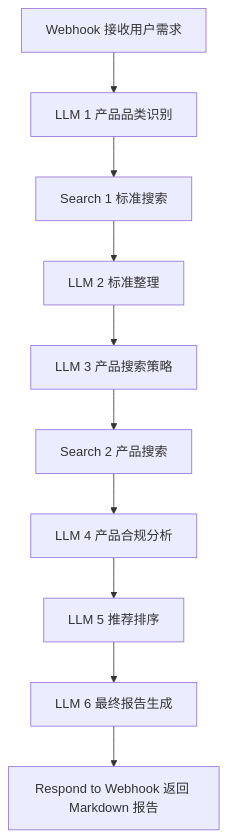
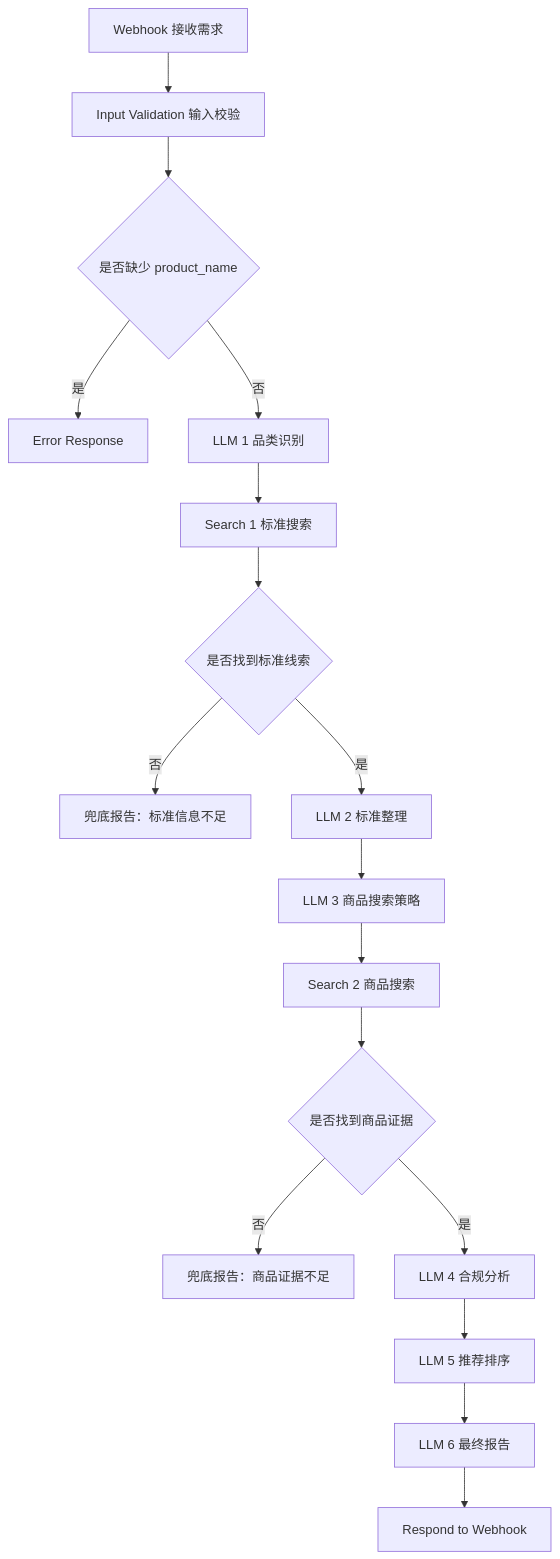
The diagram in README.md (ys200501266-design/product-standard-compliance-agent), drawn with Mermaid before and after one commit. The commit also changed other lines of this file and 26 other files, not shown here.

````diff
--- a/README.md
+++ b/README.md
@@ -22,12 +48,19 @@
 ```mermaid
 flowchart TD
-    A["Webhook 接收用户需求"] --> B["LLM 1 产品品类识别"]
-    B --> C["Search 1 标准搜索"]
-    C --> D["LLM 2 标准整理"]
-    D --> E["LLM 3 产品搜索策略"]
-    E --> F["Search 2 产品搜索"]
-    F --> G["LLM 4 产品合规分析"]
-    G --> H["LLM 5 推荐排序"]
-    H --> I["LLM 6 最终报告生成"]
-    I --> J["Respond to Webhook 返回 Markdown 报告"]
+    A["Webhook 接收需求"] --> B["Input Validation 输入校验"]
+    B --> C{"是否缺少 product_name"}
+    C -- 是 --> C1["Error Response"]
+    C -- 否 --> D["LLM 1 品类识别"]
+    D --> E["Search 1 标准搜索"]
+    E --> F{"是否找到标准线索"}
+    F -- 否 --> F1["兜底报告：标准信息不足"]
+    F -- 是 --> G["LLM 2 标准整理"]
+    G --> H["LLM 3 商品搜索策略"]
+    H --> I["Search 2 商品搜索"]
+    I --> J{"是否找到商品证据"}
+    J -- 否 --> J1["兜底报告：商品证据不足"]
+    J -- 是 --> K["LLM 4 合规分析"]
+    K --> L["LLM 5 推荐排序"]
+    L --> M["LLM 6 最终报告"]
+    M --> N["Respond to Webhook"]
 ```
````
